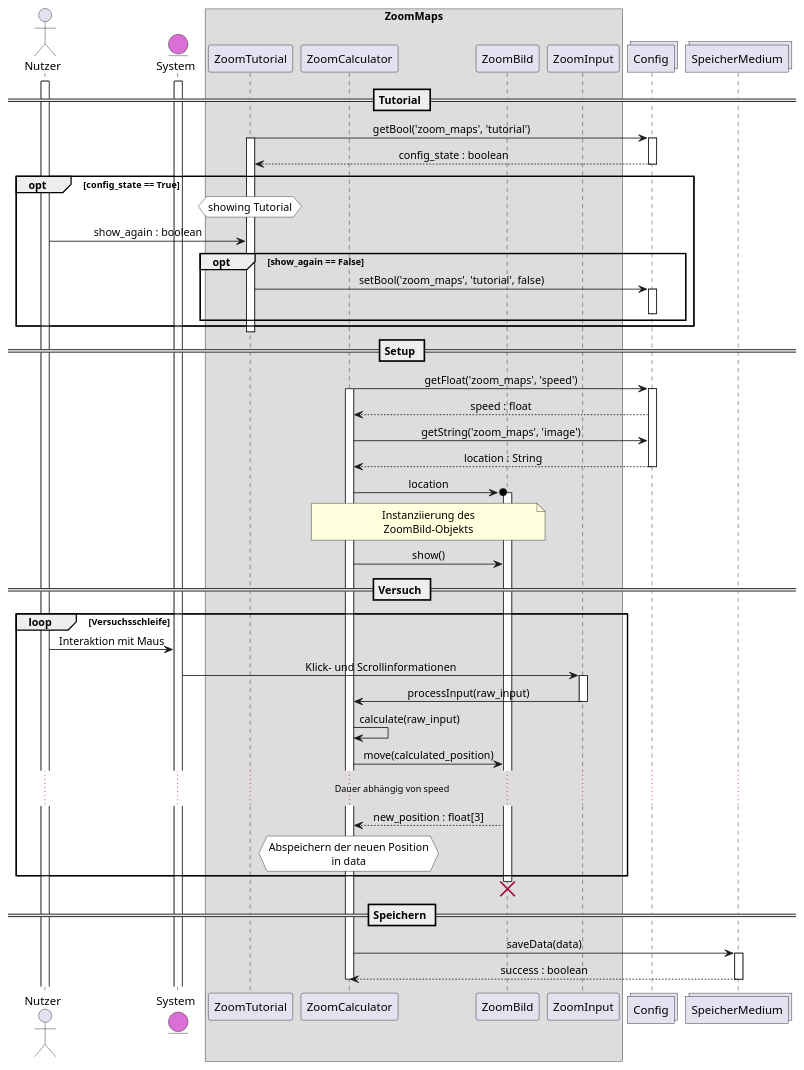
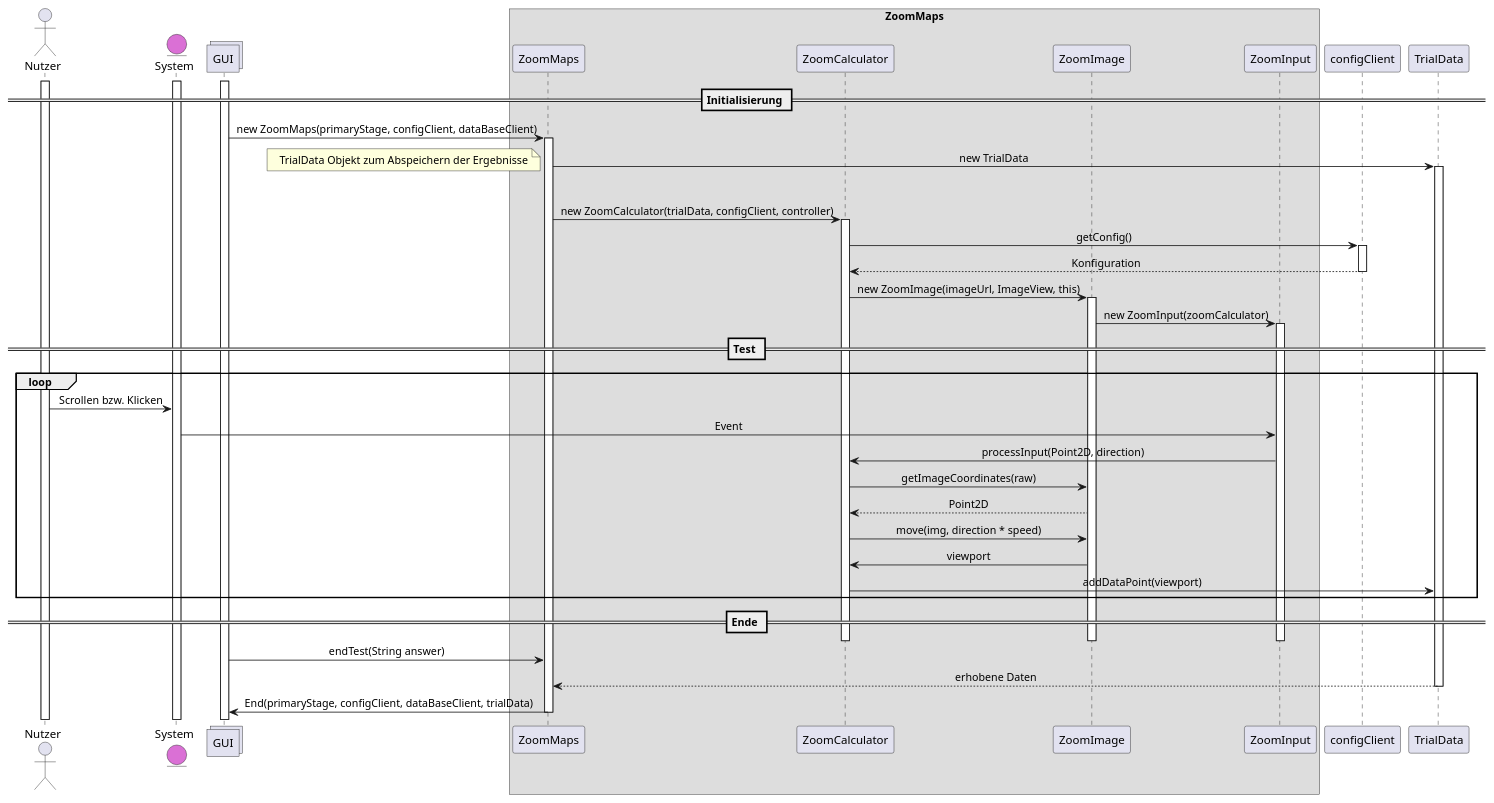
The diagram in uml-sequence/zoommaps/sequenz-zoommaps.puml (weichware-10/dokumente), drawn with PlantUML before and after one commit. The commit also changed 11 other files, not shown here.

First line of the commit message:
[docs] Sequenzsdiagramme überarbeiten (#26)

```diff
--- a/uml-sequence/zoommaps/sequenz-zoommaps.puml
+++ b/uml-sequence/zoommaps/sequenz-zoommaps.puml
@@ -1,77 +1,66 @@
 @startuml zoommaps
 skinparam defaultTextAlignment center
 
-
 actor       Nutzer          as n
 entity      System          as s    #DA70D5
+collections GUI             as g
 
 box ZoomMaps
-participant ZoomTutorial    as zt
+
+participant ZoomMaps        as zm
 participant ZoomCalculator  as zc
-participant ZoomBild        as zb
+participant ZoomImage       as zb
 participant ZoomInput       as zi
 end box
 
-collections Config          as c
-collections SpeicherMedium  as sm
+participant configClient    as c
+participant TrialData       as td
 
 activate n
 activate s
+activate g
 
-== Tutorial ==
-zt -> c : getBool('zoom_maps', 'tutorial')
-activate zt
-activate c
-c --> zt : config_state : boolean
+== Initialisierung ==
+g -> zm : new ZoomMaps(primaryStage, configClient, dataBaseClient)
+activate zm
+
+zm -> td : new TrialData
+activate td
+note left: TrialData Objekt zum Abspeichern der Ergebnisse
 deactivate c
 
-opt config_state == True
-    hnote over zt #FFFFFF: showing Tutorial
-    n -> zt : show_again : boolean
-    opt show_again == False
-        zt -> c : setBool('zoom_maps', 'tutorial', false)
-        activate c
-        deactivate c
-    end
+zm -> zc : new ZoomCalculator(trialData, configClient, controller)
+activate zc
+zc -> c : getConfig()
+activate c
+c --> zc : Konfiguration
+deactivate c
+zc -> zb : new ZoomImage(imageUrl, ImageView, this)
+activate zb
+zb -> zi : new ZoomInput(zoomCalculator)
+activate zi
+
+== Test ==
+loop
+    n -> s : Scrollen bzw. Klicken
+    s -> zi : Event
+    zi -> zc : processInput(Point2D, direction)
+    zc -> zb : getImageCoordinates(raw)
+    zb --> zc : Point2D
+    zc -> zb : move(img, direction * speed)
+    zb -> zc : viewport
+    zc -> td : addDataPoint(viewport)
+
 end
 
-deactivate zt
-
-== Setup ==
-zc -> c : getFloat('zoom_maps', 'speed')
-activate zc
-activate c
-c --> zc : speed : float
-zc -> c : getString('zoom_maps', 'image')
-c --> zc : location : String
-deactivate c
-
-zc ->o zb : location
-activate zb
-note over zc, zb : Instanziierung des\nZoomBild-Objekts
-zc -> zb : show()
-
-== Versuch ==
-loop Versuchsschleife
-    n -> s : Interaktion mit Maus
-    s -> zi : Klick- und Scrollinformationen
-    activate zi
-    zi -> zc : processInput(raw_input)
-    deactivate zi
-    zc -> zc : calculate(raw_input)
-    zc -> zb : move(calculated_position)
-    ... Dauer abhängig von speed ...
-    zb --> zc : new_position : float[3]
-    hnote over zc #FFFFFF: Abspeichern der neuen Position\nin data
-end
-destroy zb
-
-
-== Speichern ==
-zc -> sm : saveData(data)
-activate sm
-sm --> zc : success : boolean
-deactivate sm
+== Ende ==
+deactivate zb
+deactivate zi
 deactivate zc
+g -> zm : endTest(String answer)
+td --> zm : erhobene Daten
+deactivate td
+zm -> g : End(primaryStage, configClient, dataBaseClient, trialData)
+deactivate zm
 
 @enduml
```
